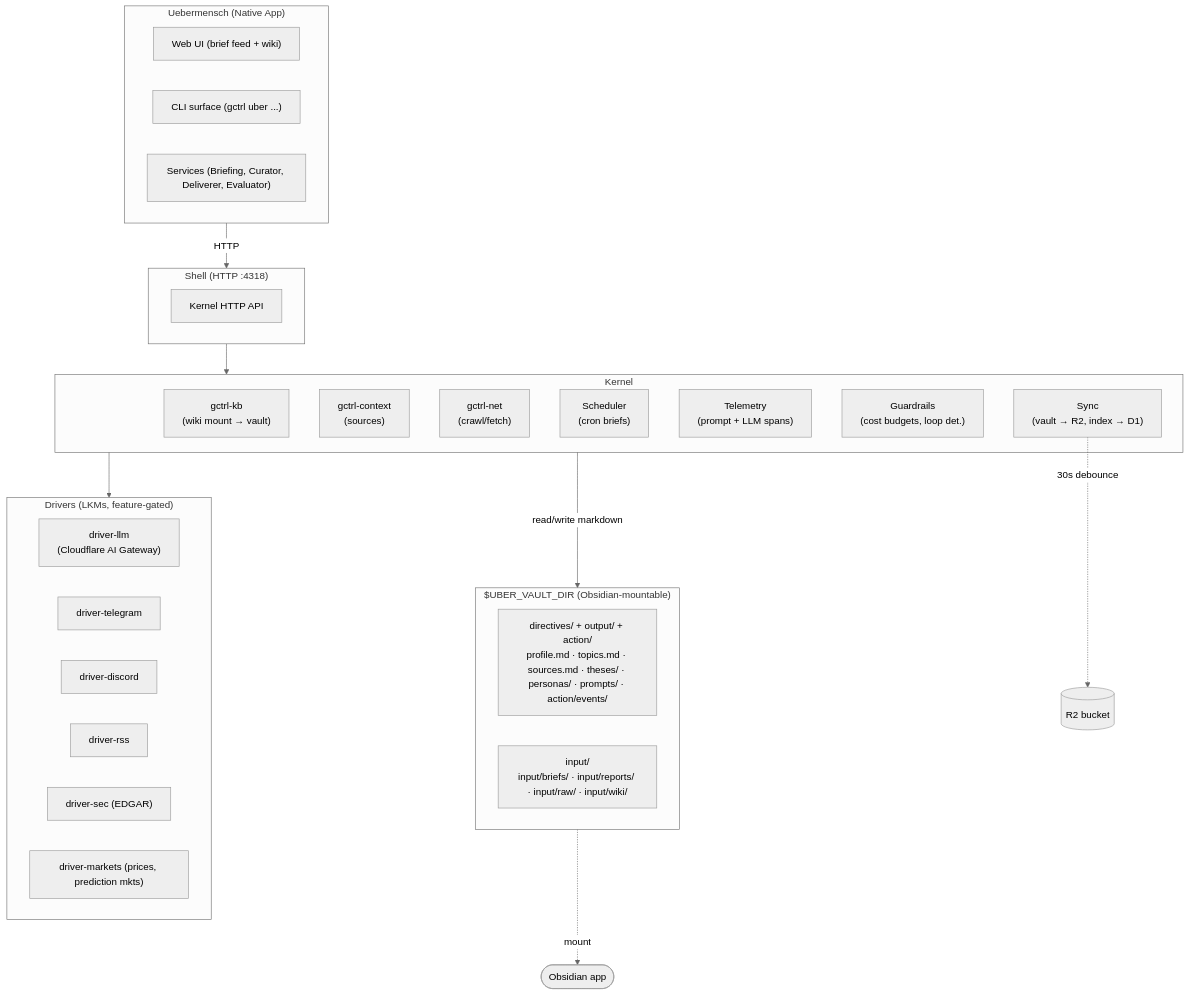
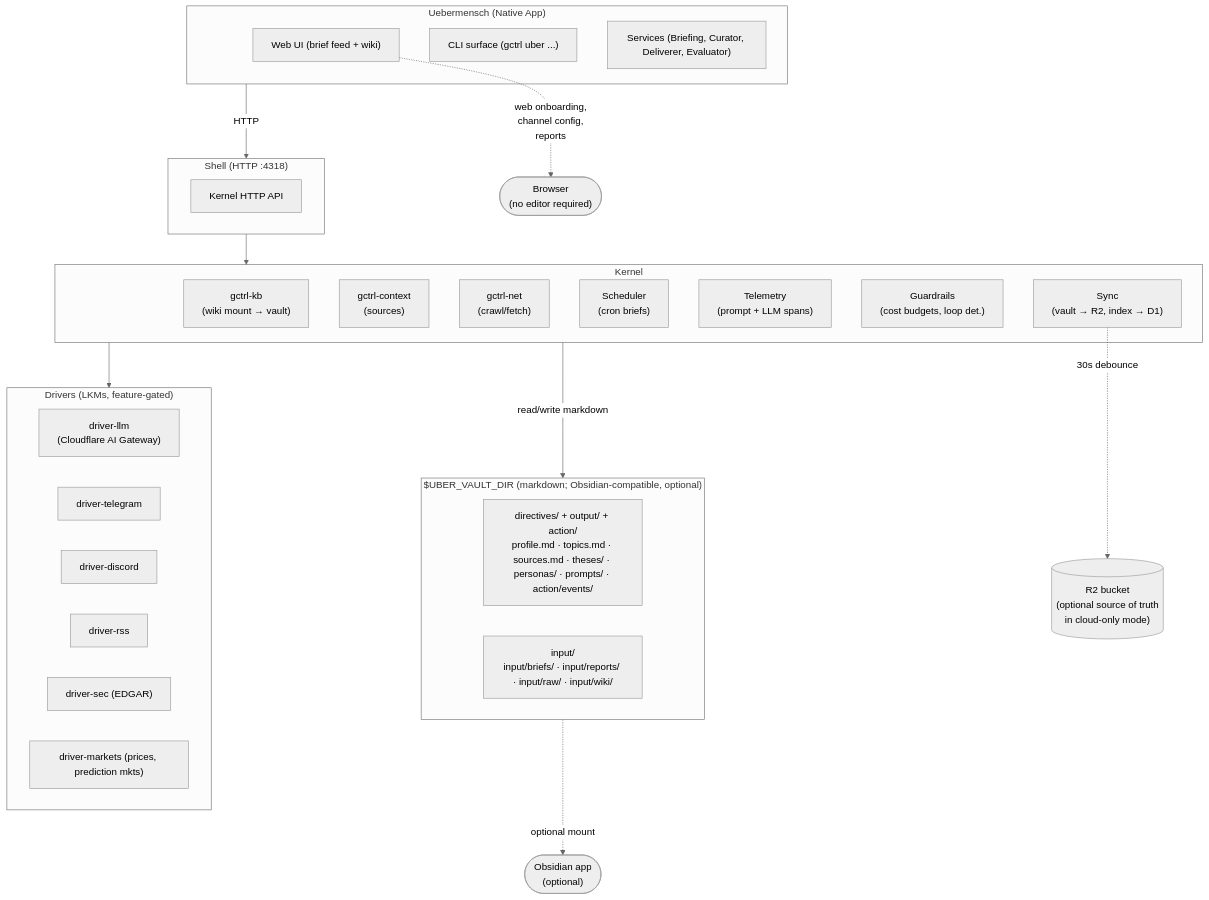
One commit to OpenHackersClub/gctrl changed the diagram in apps/uebermensch/PRD.md. Above: the diagram before and after it, drawn with Mermaid (neutral theme). The commit also changed other lines of this file and 5 other files, not shown here.

````diff
--- a/apps/uebermensch/PRD.md
+++ b/apps/uebermensch/PRD.md
@@ -11,40 +13,41 @@
 ```mermaid
 flowchart TB
   subgraph App["Uebermensch (Native App)"]
     UI["Web UI (brief feed + wiki)"]
     CLI["CLI surface (gctrl uber ...)"]
     Svc["Services (Briefing, Curator, Deliverer, Evaluator)"]
   end
-  subgraph Vault["$UBER_VAULT_DIR (Obsidian-mountable)"]
+  subgraph Vault["$UBER_VAULT_DIR (markdown; Obsidian-compatible, optional)"]
     direction LR
     Authored["directives/ + output/ + action/\nprofile.md · topics.md · sources.md · theses/ · personas/ · prompts/ · action/events/"]
     Generated["input/\ninput/briefs/ · input/reports/ · input/raw/ · input/wiki/"]
   end
   subgraph Shell["Shell (HTTP :4318)"]
     direction LR
     HTTP["Kernel HTTP API"]
   end
   subgraph Kernel["Kernel"]
     KB["gctrl-kb\n(wiki mount → vault)"]
     Ctx["gctrl-context\n(sources)"]
     Net["gctrl-net\n(crawl/fetch)"]
     Sched["Scheduler\n(cron briefs)"]
     OTel["Telemetry\n(prompt + LLM spans)"]
     Guard["Guardrails\n(cost budgets, loop det.)"]
     Sync["Sync\n(vault → R2, index → D1)"]
   end
   subgraph Drivers["Drivers (LKMs, feature-gated)"]
     Llm["driver-llm\n(Cloudflare AI Gateway)"]
     Tg["driver-telegram"]
     Dc["driver-discord"]
     Rss["driver-rss"]
     Sec["driver-sec (EDGAR)"]
     Mkt["driver-markets (prices, prediction mkts)"]
   end
   App -->|HTTP| Shell
   Shell --> Kernel
   Kernel -->|read/write markdown| Vault
   Kernel --> Drivers
-  Sync -.->|30s debounce| R2[("R2 bucket")]
-  Vault -.->|mount| Obsidian(["Obsidian app"])
+  Sync -.->|30s debounce| R2[("R2 bucket\n(optional source of truth\nin cloud-only mode)")]
+  Vault -.->|optional mount| Obsidian(["Obsidian app\n(optional)"])
+  UI -.->|"web onboarding,\nchannel config,\nreports"| Browser(["Browser\n(no editor required)"])
 ```
````
